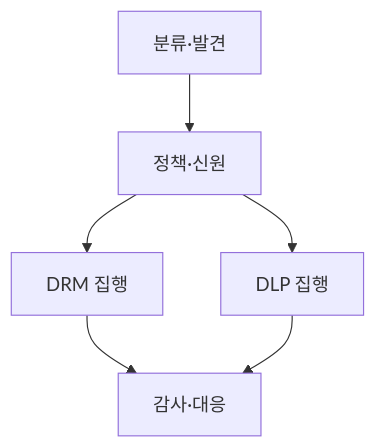
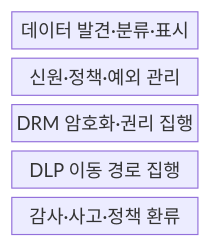
One commit to agnusdei1207/knowledge-base changed the first of 2 diagrams in src/content/docs/notes/05-security/142_drm_dlp.md. Above: the diagram before and after it, drawn with Mermaid. The commit also changed other lines of this file and 6 other files, not shown here.

````diff
--- a/src/content/docs/notes/05-security/142_drm_dlp.md
+++ b/src/content/docs/notes/05-security/142_drm_dlp.md
@@ -60,8 +56,9 @@
 ```mermaid
-flowchart TB
-    C[분류·발견] --> P[정책·신원]
-    P --> R[DRM 집행]
-    P --> D[DLP 집행]
-    R --> A[감사·대응]
-    D --> A
+block-beta
+  columns 1
+  C["데이터 발견·분류·표시"]
+  P["신원·정책·예외 관리"]
+  R["DRM 암호화·권리 집행"]
+  D["DLP 이동 경로 집행"]
+  A["감사·사고·정책 환류"]
 ```
````
